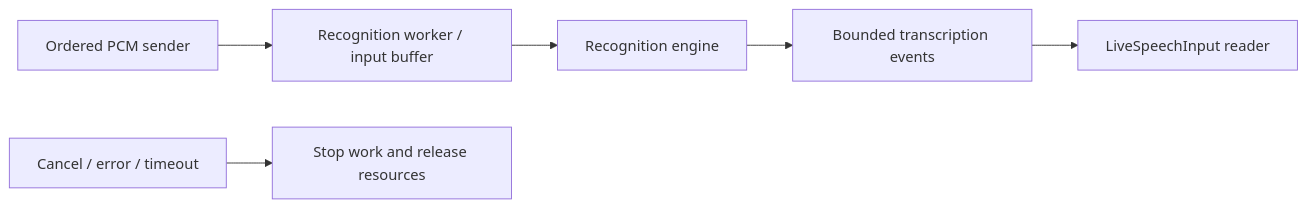
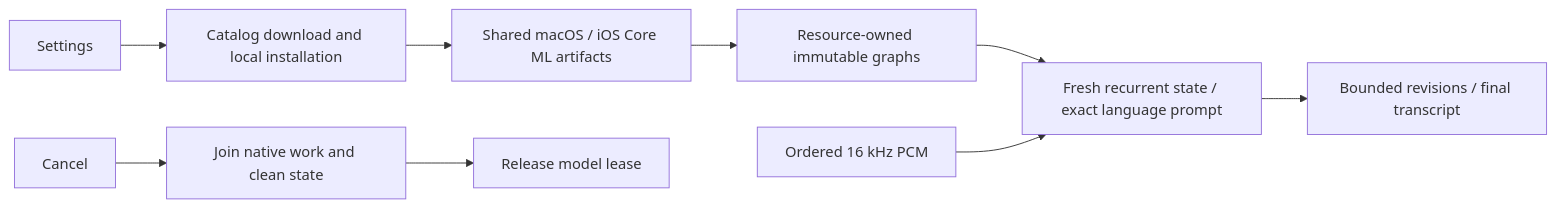
One commit to devilyouwei/MobileHarness changed the diagram in MobileHarness/ModelKit/Speech/ASR/Nemotron/README.md. Above: the diagram before and after it, drawn with Mermaid. The commit also changed other lines of this file and 138 other files, not shown here.

First line of the commit message:
Implement managed model resources and resumable background downloads

````diff
--- a/MobileHarness/ModelKit/Speech/ASR/Nemotron/README.md
+++ b/MobileHarness/ModelKit/Speech/ASR/Nemotron/README.md
@@ -28,8 +12,11 @@
 ```mermaid
 flowchart LR
-    Input[Ordered PCM sender] --> Adapter[Recognition worker / input buffer]
-    Adapter --> Engine[Recognition engine]
-    Engine --> Events[Bounded transcription events]
-    Events --> Reader[LiveSpeechInput reader]
-    Cancel[Cancel / error / timeout] --> Cleanup[Stop work and release resources]
+    Settings --> Management[Catalog download and local installation]
+    Management --> Files[Shared macOS / iOS Core ML artifacts]
+    Files --> Shared[Resource-owned immutable graphs]
+    Shared --> Session[Fresh recurrent state / exact language prompt]
+    PCM[Ordered 16 kHz PCM] --> Session
+    Session --> Events[Bounded revisions / final transcript]
+    Cancel --> Drain[Join native work and clean state]
+    Drain --> Lease[Release model lease]
 ```
````
